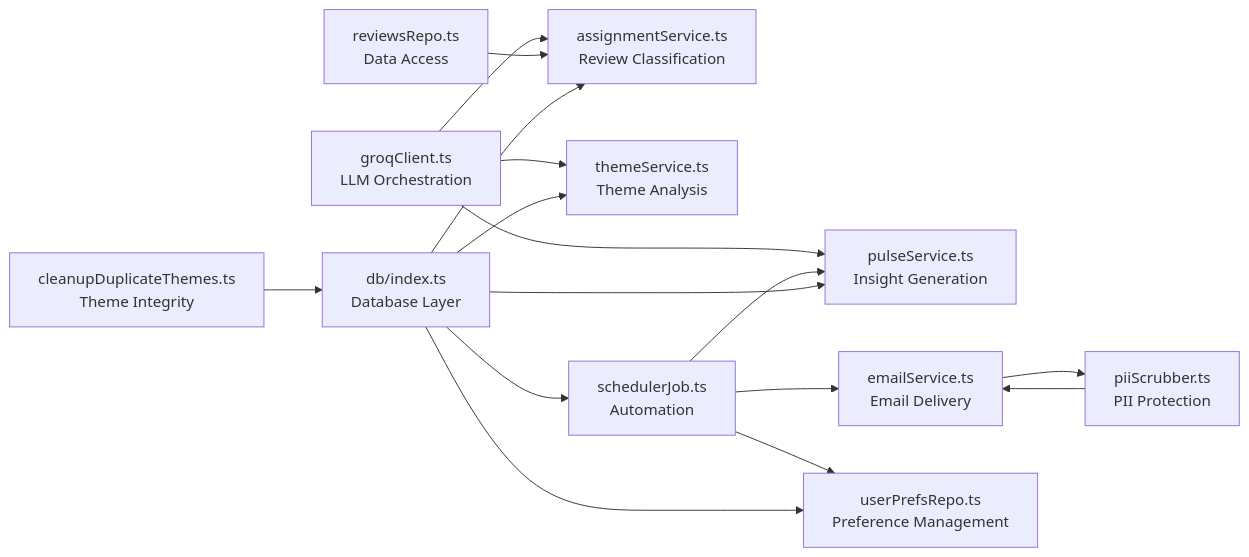
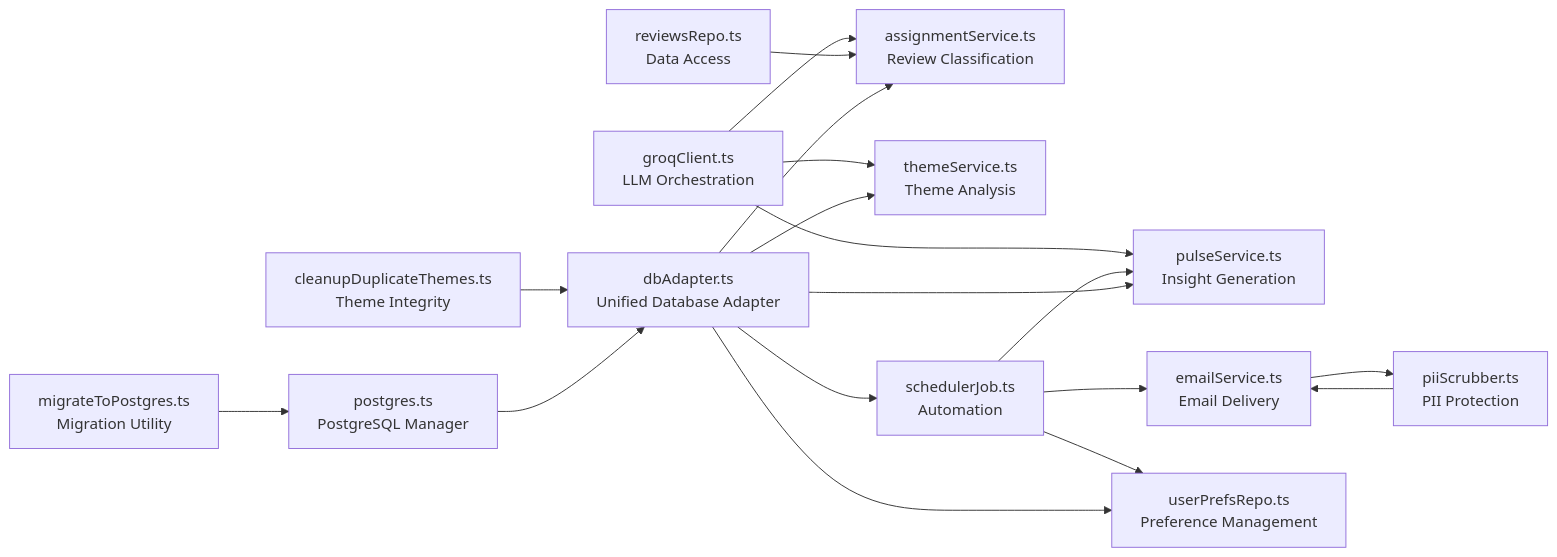
Before and after one commit to aravinthraj-ramalingam/Groww-App-Review-Insights-Analyzer-: diagram 13 of 13 in .qoder/repowiki/en/content/Phase 2_ Advanced Analytics & Automation/Weekly Pulse Generation.md, drawn with Mermaid. The commit also changed other lines of this file and 10 other files, not shown here.

Commit message:
Fix pulse duplicate key error, theme deduplication, and button alignment

````diff
--- a/.qoder/repowiki/en/content/Phase 2_ Advanced Analytics & Automation/Weekly Pulse Generation.md
+++ b/.qoder/repowiki/en/content/Phase 2_ Advanced Analytics & Automation/Weekly Pulse Generation.md
@@ -472,18 +563,20 @@
 ```mermaid
 graph LR
 G["groqClient.ts<br/>LLM Orchestration"] --> P["pulseService.ts<br/>Insight Generation"]
 G --> A["assignmentService.ts<br/>Review Classification"]
 G --> T["themeService.ts<br/>Theme Analysis"]
 E["emailService.ts<br/>Email Delivery"] --> S["piiScrubber.ts<br/>PII Protection"]
 S --> E
 J["schedulerJob.ts<br/>Automation"] --> P
 J --> E
 J --> U["userPrefsRepo.ts<br/>Preference Management"]
 R["reviewsRepo.ts<br/>Data Access"] --> A
-D["db/index.ts<br/>Database Layer"] --> T
-D --> A
-D --> P
-D --> U
-D --> J
-C["cleanupDuplicateThemes.ts<br/>Theme Integrity"] --> D
+DA["dbAdapter.ts<br/>Unified Database Adapter"] --> T
+DA --> A
+DA --> P
+DA --> U
+DA --> J
+C["cleanupDuplicateThemes.ts<br/>Theme Integrity"] --> DA
+PG["postgres.ts<br/>PostgreSQL Manager"] --> DA
+M["migrateToPostgres.ts<br/>Migration Utility"] --> PG
 ```
````
